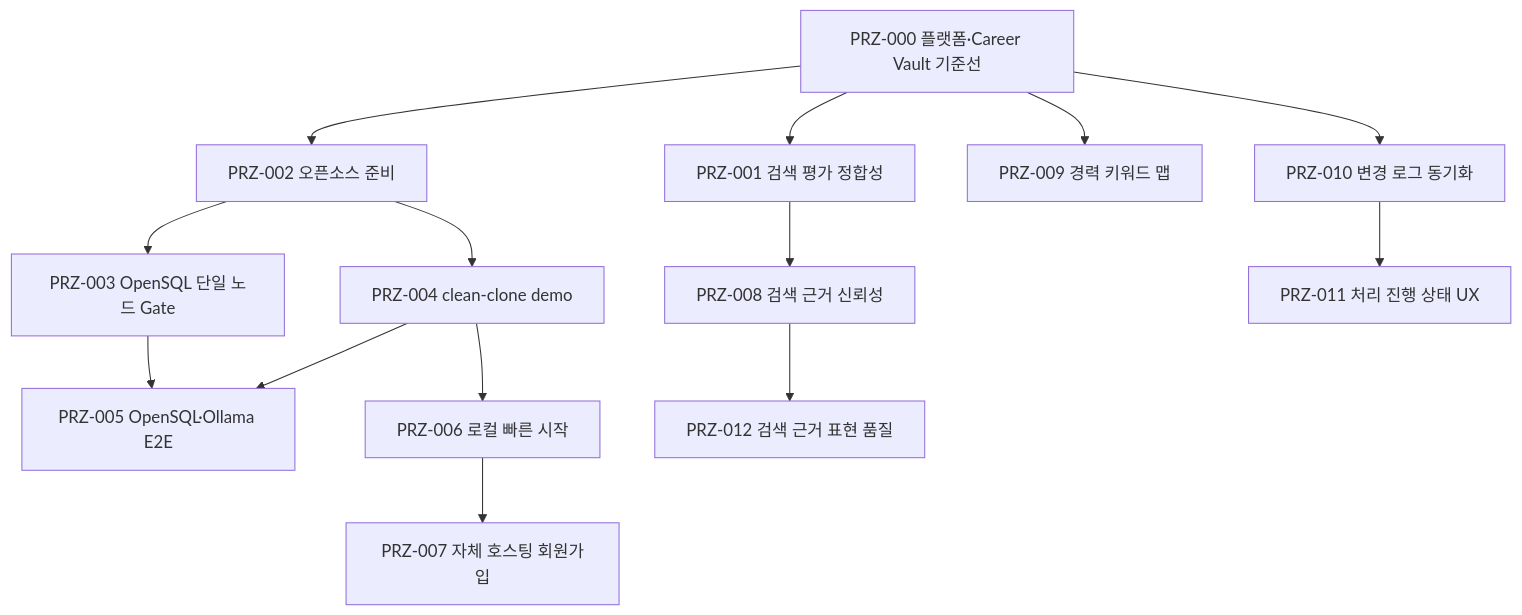
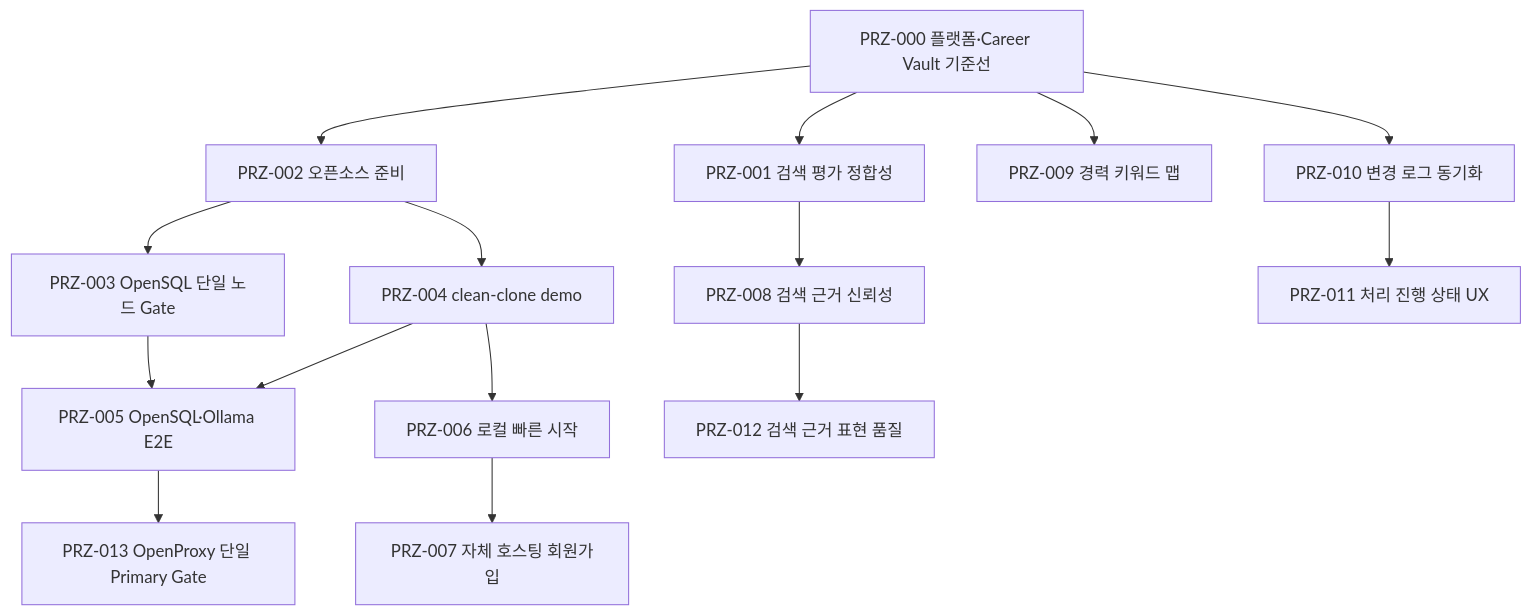
The diagram in specs/README.md (jaemin-devlog/PRIZM), drawn with Mermaid before and after one commit. The commit also changed other lines of this file and 17 other files, not shown here.

````diff
--- a/specs/README.md
+++ b/specs/README.md
@@ -23,23 +23,25 @@
 ```mermaid
 flowchart TD
     PRZ000["PRZ-000 플랫폼·Career Vault 기준선"]
     PRZ001["PRZ-001 검색 평가 정합성"]
     PRZ002["PRZ-002 오픈소스 준비"]
     PRZ003["PRZ-003 OpenSQL 단일 노드 Gate"]
     PRZ004["PRZ-004 clean-clone demo"]
     PRZ005["PRZ-005 OpenSQL·Ollama E2E"]
     PRZ006["PRZ-006 로컬 빠른 시작"]
     PRZ007["PRZ-007 자체 호스팅 회원가입"]
     PRZ008["PRZ-008 검색 근거 신뢰성"]
     PRZ009["PRZ-009 경력 키워드 맵"]
     PRZ010["PRZ-010 변경 로그 동기화"]
     PRZ011["PRZ-011 처리 진행 상태 UX"]
     PRZ012["PRZ-012 검색 근거 표현 품질"]
+    PRZ013["PRZ-013 OpenProxy 단일 Primary Gate"]
 
     PRZ000 --> PRZ001 --> PRZ008 --> PRZ012
     PRZ000 --> PRZ002 --> PRZ003 --> PRZ005
     PRZ002 --> PRZ004 --> PRZ005
+    PRZ005 --> PRZ013
     PRZ004 --> PRZ006 --> PRZ007
     PRZ000 --> PRZ009
     PRZ000 --> PRZ010 --> PRZ011
 ```
````
